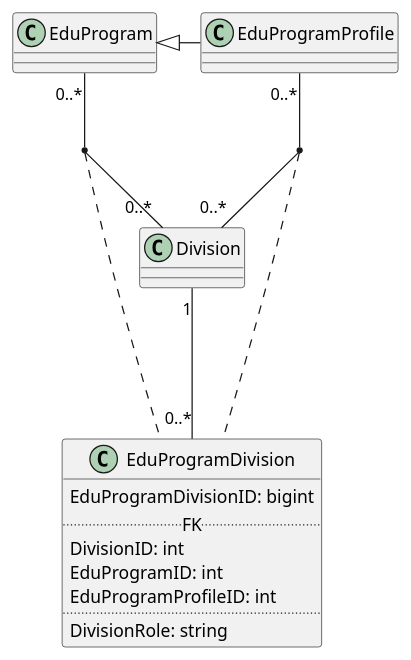
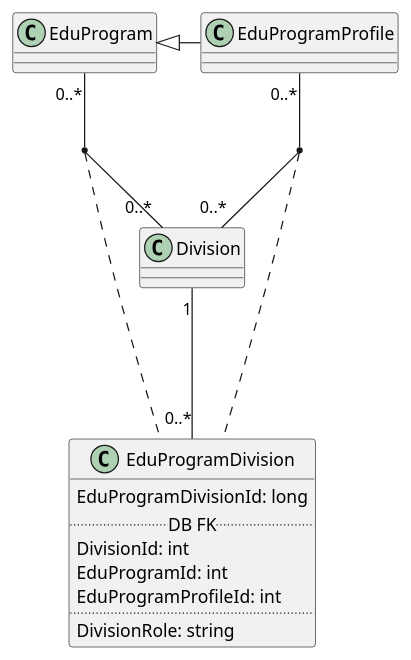
The diagram in doc/EduProgramDivision.puml (r7-labs/R7.University), drawn with PlantUML before and after one commit.

Commit message:
Use C# type names in diagram

```diff
--- a/doc/EduProgramDivision.puml
+++ b/doc/EduProgramDivision.puml
@@ -1,22 +1,22 @@
 @startuml
 
 EduProgram <|- EduProgramProfile
 
 EduProgram "0..*" -- "0..*" Division
 EduProgramProfile "0..*" -- "0..*" Division
 (EduProgram, Division) .. EduProgramDivision
 (EduProgramProfile, Division) .. EduProgramDivision
 
 Division "1" --- "0..*" EduProgramDivision
 
 class EduProgramDivision {
-    EduProgramDivisionID: bigint
-    .. FK ..
-    DivisionID: int
-    EduProgramID: int
-    EduProgramProfileID: int
+    EduProgramDivisionId: long
+    .. DB FK ..
+    DivisionId: int
+    EduProgramId: int
+    EduProgramProfileId: int
     ..
     DivisionRole: string
 }
 
 @enduml
```
